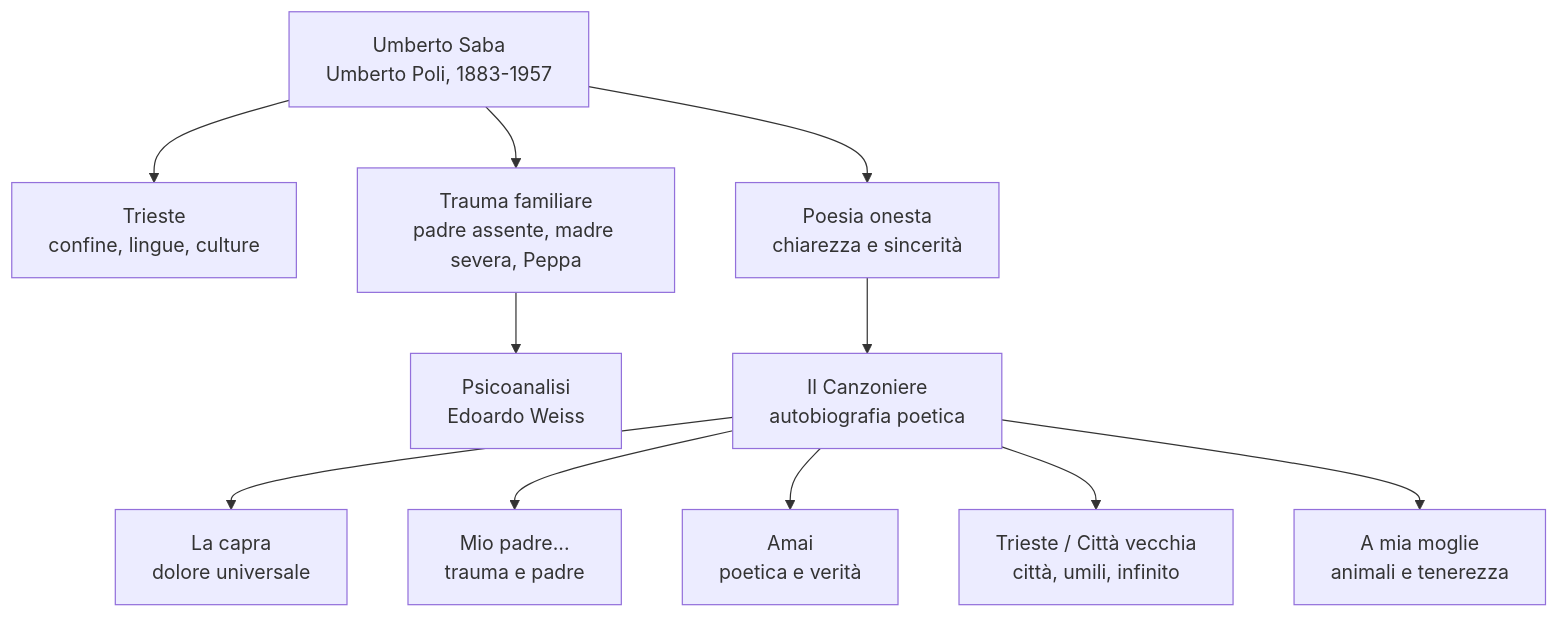
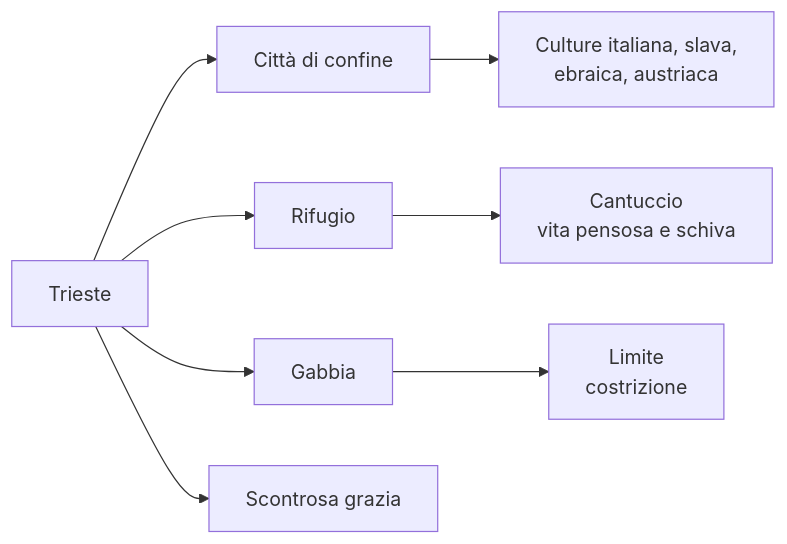
One commit to riccardo-algorime/appunti-5Bsa changed the first of 4 diagrams in italiano/saba/riassunto.md. Above: the diagram before and after it, drawn with Mermaid. The commit also changed other lines of this file and 6 other files, not shown here.

````diff
--- a/italiano/saba/riassunto.md
+++ b/italiano/saba/riassunto.md
@@ -90,13 +31,10 @@
 ```mermaid
-flowchart TD
-    A["Umberto Saba<br/>Umberto Poli, 1883-1957"] --> B["Trieste<br/>confine, lingue, culture"]
-    A --> C["Trauma familiare<br/>padre assente, madre severa, Peppa"]
-    A --> D["Poesia onesta<br/>chiarezza e sincerità"]
-    C --> E["Psicoanalisi<br/>Edoardo Weiss"]
-    D --> F["Il Canzoniere<br/>autobiografia poetica"]
-    F --> G["La capra<br/>dolore universale"]
-    F --> H["Mio padre...<br/>trauma e padre"]
-    F --> I["Amai<br/>poetica e verità"]
-    F --> L["Trieste / Città vecchia<br/>città, umili, infinito"]
-    F --> M["A mia moglie<br/>animali e tenerezza"]
+flowchart LR
+    A["Trieste"] --> B["Città di confine"]
+    A --> C["Rifugio"]
+    A --> D["Gabbia"]
+    B --> E["Culture italiana, slava,<br/>ebraica, austriaca"]
+    C --> F["Cantuccio<br/>vita pensosa e schiva"]
+    D --> G["Limite<br/>costrizione"]
+    A --> H["Scontrosa grazia"]
 ```
````
